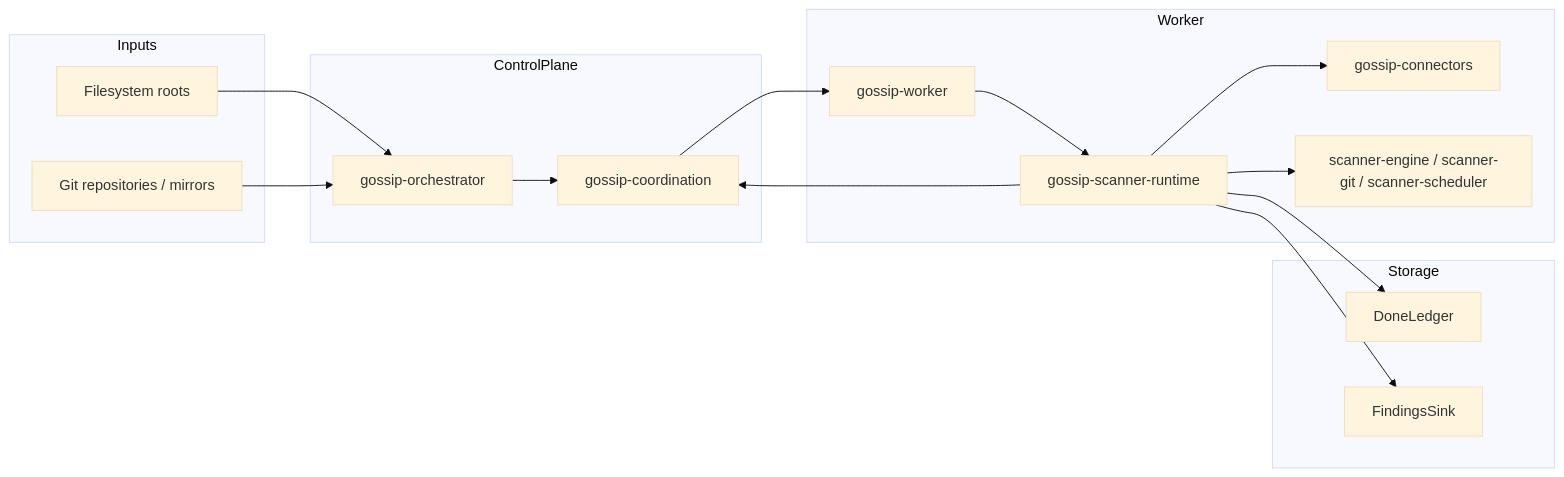
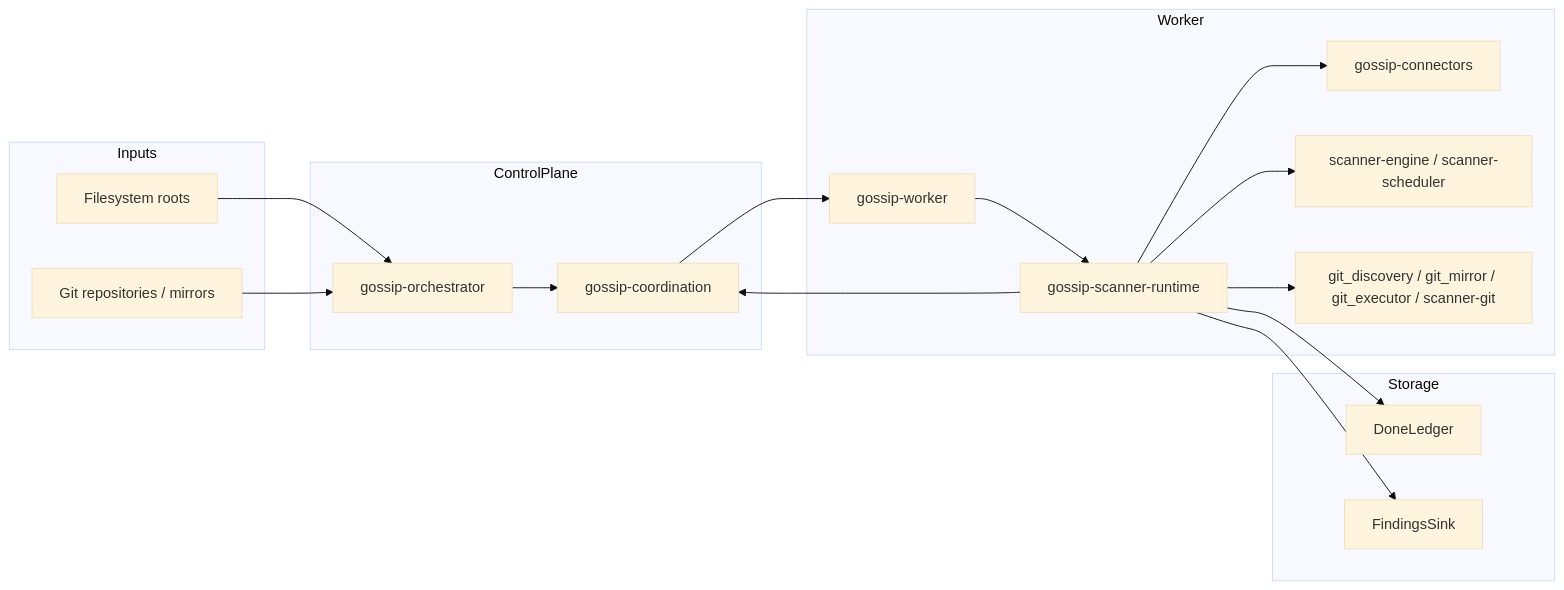
Before and after one commit to ahrav/gossip-rs-learning-guide: the diagram in 00-prologue/01-what-problem-are-we-solving.md, drawn with Mermaid (base theme). The commit also changed other lines of this file and 1 other file, not shown here.

Commit message:
docs(guide): sync 00 chapters [sec-00]
Audit and update guide chapters for section 00 against
source at 13b9009c50df97b49b5e56916fcb46dad56f2a6b. Run: guide-sync-2026-04-08-0516

````diff
--- a/00-prologue/01-what-problem-are-we-solving.md
+++ b/00-prologue/01-what-problem-are-we-solving.md
@@ -98,35 +98,37 @@
 ```mermaid
 graph LR
     subgraph Inputs
         FS[Filesystem roots]
         GR[Git repositories / mirrors]
     end
 
     subgraph ControlPlane
         OR[gossip-orchestrator]
         CO[gossip-coordination]
     end
 
     subgraph Worker
         WR[gossip-worker]
         RT[gossip-scanner-runtime]
         CN[gossip-connectors]
-        EN[scanner-engine / scanner-git / scanner-scheduler]
+        OC[scanner-engine / scanner-scheduler]
+        GT[git_discovery / git_mirror / git_executor / scanner-git]
     end
 
     subgraph Storage
         DL[DoneLedger]
         FI[FindingsSink]
     end
 
     FS --> OR
     GR --> OR
     OR --> CO
     CO --> WR
     WR --> RT
     RT --> CN
-    RT --> EN
+    RT --> OC
+    RT --> GT
     RT --> DL
     RT --> FI
     RT --> CO
 ```
````
